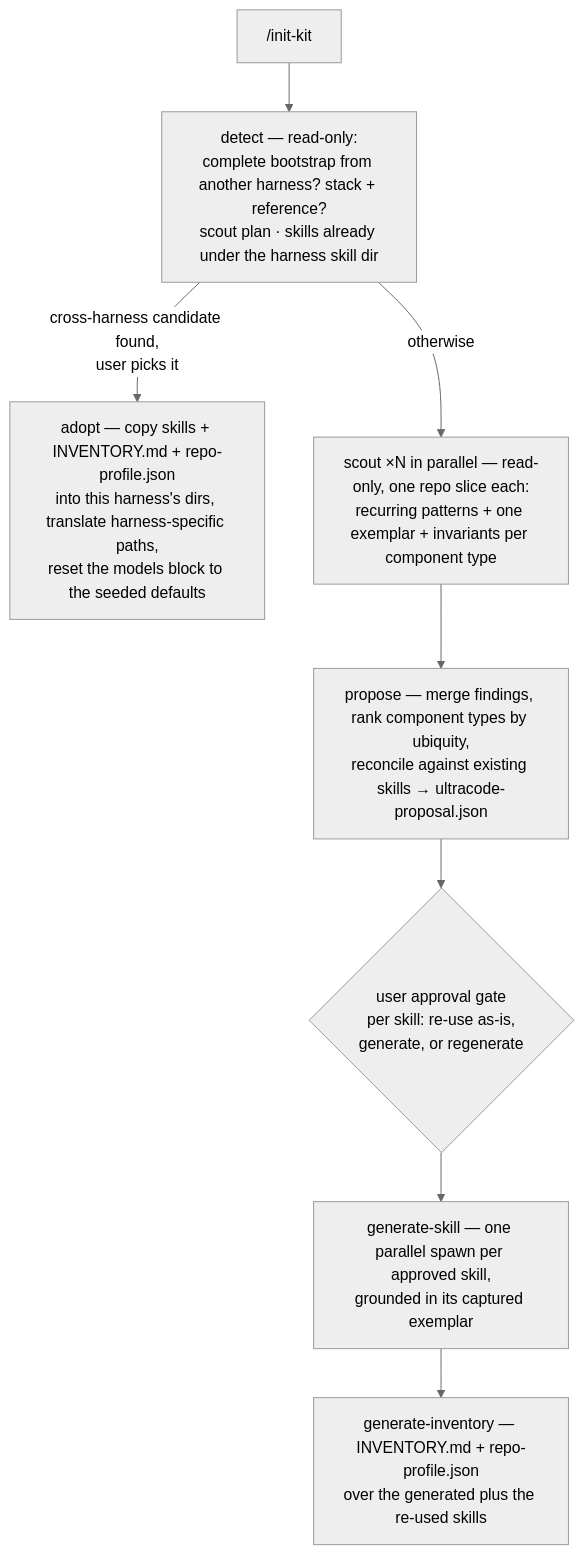
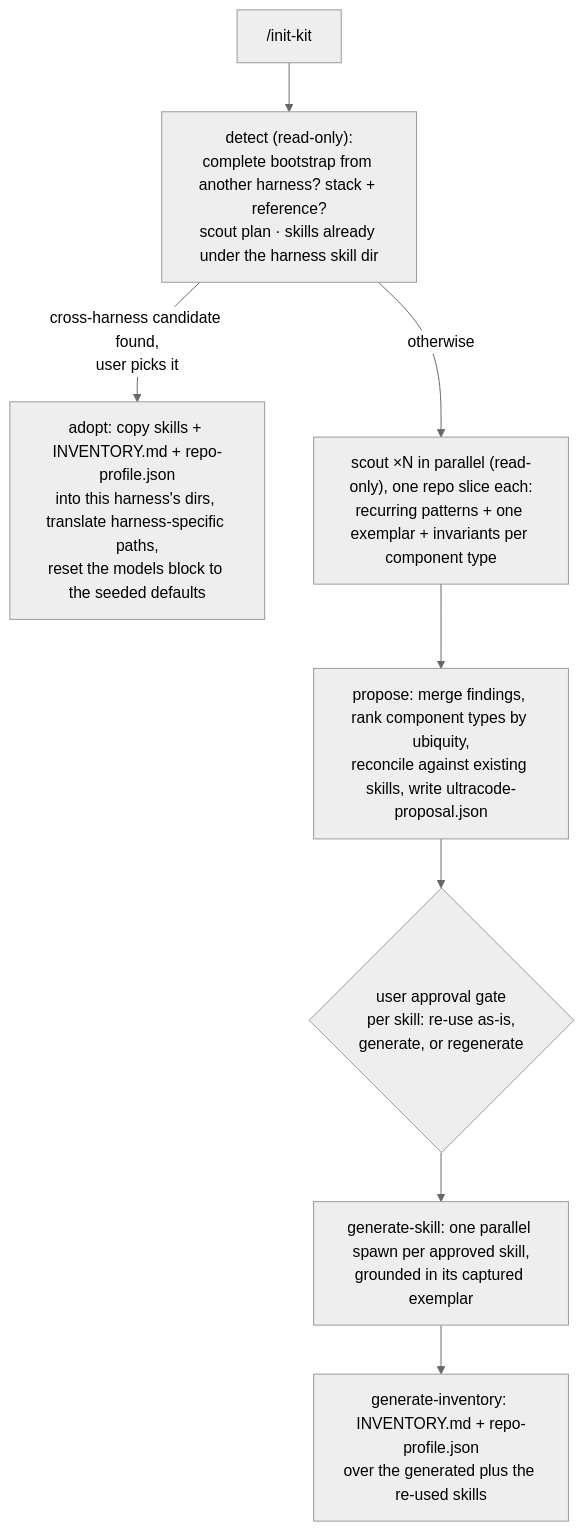
One commit to diepquynh/ultracode changed the diagram in docs/agents.md. Above: the diagram before and after it, drawn with Mermaid (neutral theme). The commit also changed other lines of this file and 36 other files, not shown here.

````diff
--- a/docs/agents.md
+++ b/docs/agents.md
@@ -35,10 +35,10 @@
 ```mermaid
 flowchart TD
-    CMD["/init-kit"] --> DETECT["detect — read-only:<br/>complete bootstrap from another harness? stack + reference?<br/>scout plan · skills already under the harness skill dir"]
-    DETECT -- "cross-harness candidate found,<br/>user picks it" --> ADOPT["adopt — copy skills + INVENTORY.md + repo-profile.json<br/>into this harness's dirs, translate harness-specific paths,<br/>reset the models block to the seeded defaults"]
-    DETECT -- otherwise --> SCOUT["scout ×N in parallel — read-only, one repo slice each:<br/>recurring patterns + one exemplar + invariants per component type"]
-    SCOUT --> PROPOSE["propose — merge findings, rank component types by ubiquity,<br/>reconcile against existing skills → ultracode-proposal.json"]
+    CMD["/init-kit"] --> DETECT["detect (read-only):<br/>complete bootstrap from another harness? stack + reference?<br/>scout plan · skills already under the harness skill dir"]
+    DETECT -- "cross-harness candidate found,<br/>user picks it" --> ADOPT["adopt: copy skills + INVENTORY.md + repo-profile.json<br/>into this harness's dirs, translate harness-specific paths,<br/>reset the models block to the seeded defaults"]
+    DETECT -- otherwise --> SCOUT["scout ×N in parallel (read-only), one repo slice each:<br/>recurring patterns + one exemplar + invariants per component type"]
+    SCOUT --> PROPOSE["propose: merge findings, rank component types by ubiquity,<br/>reconcile against existing skills, write ultracode-proposal.json"]
     PROPOSE --> GATE{"user approval gate<br/>per skill: re-use as-is,<br/>generate, or regenerate"}
-    GATE --> GEN["generate-skill — one parallel spawn per approved skill,<br/>grounded in its captured exemplar"]
-    GEN --> INV["generate-inventory — INVENTORY.md + repo-profile.json<br/>over the generated plus the re-used skills"]
+    GATE --> GEN["generate-skill: one parallel spawn per approved skill,<br/>grounded in its captured exemplar"]
+    GEN --> INV["generate-inventory: INVENTORY.md + repo-profile.json<br/>over the generated plus the re-used skills"]
 ```
````
